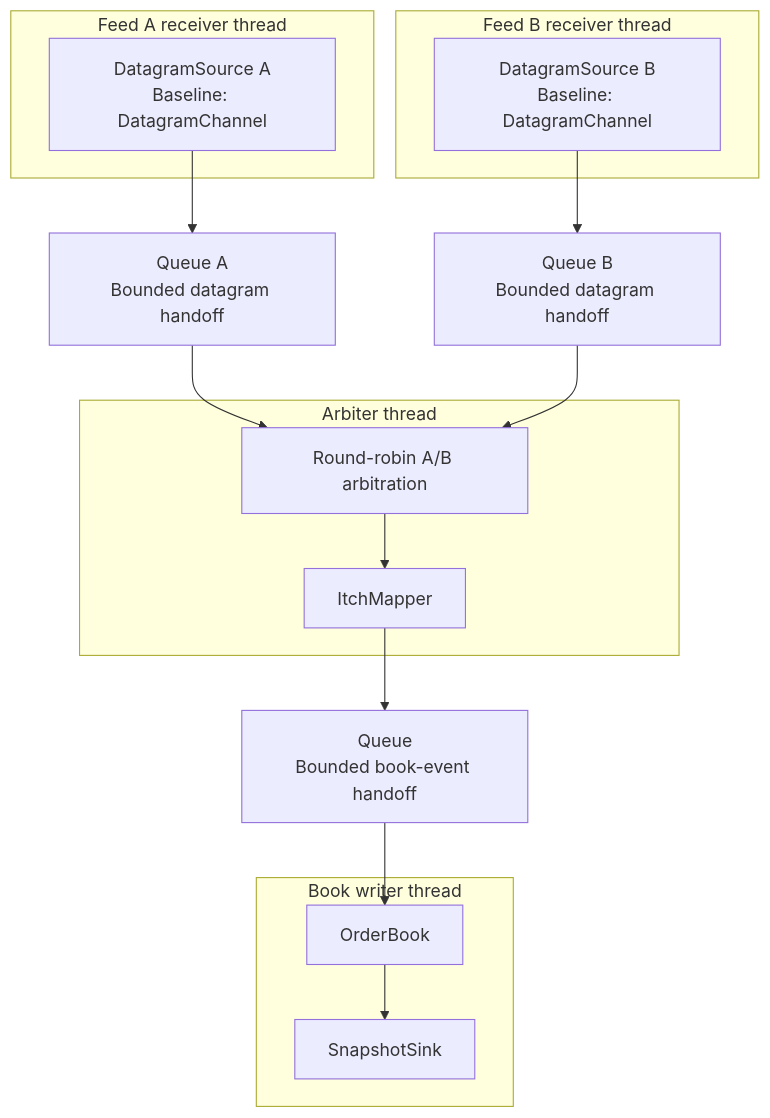
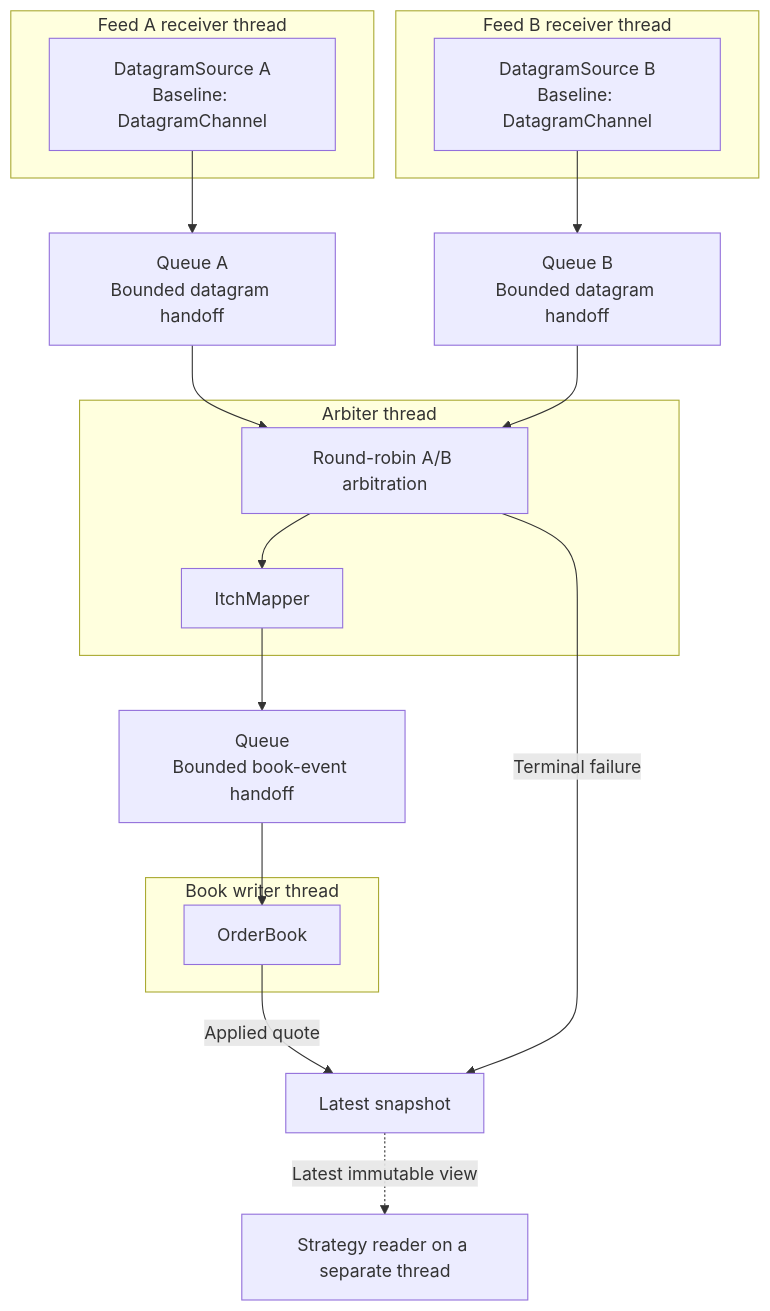
One commit to alchevrier/java-feed-handler changed the diagram in docs/adr/ADR-002-portable-udp-feed.md. Above: the diagram before and after it, drawn with Mermaid. The commit also changed other lines of this file and 11 other files, not shown here.

Commit message:
Publish strategy-facing top-of-book snapshots

````diff
--- a/docs/adr/ADR-002-portable-udp-feed.md
+++ b/docs/adr/ADR-002-portable-udp-feed.md
@@ -171,18 +227,21 @@
 ```mermaid
 flowchart TD
     subgraph receiveA["Feed A receiver thread"]
         a["DatagramSource A<br/>Baseline: DatagramChannel"]
     end
     subgraph receiveB["Feed B receiver thread"]
         b["DatagramSource B<br/>Baseline: DatagramChannel"]
     end
     subgraph arbitration["Arbiter thread"]
         merge["Round-robin A/B arbitration"] --> mapper["ItchMapper"]
     end
     subgraph writer["Book writer thread"]
-        book["OrderBook"] --> snapshot["SnapshotSink"]
+        book["OrderBook"]
     end
     a --> qa["Queue A<br/>Bounded datagram handoff"] --> merge
     b --> qb["Queue B<br/>Bounded datagram handoff"] --> merge
     mapper --> events["Queue<br/>Bounded book-event handoff"] --> book
+    book -->|Applied quote| snapshot["Latest snapshot"]
+    merge -->|Terminal failure| snapshot
+    snapshot -.->|Latest immutable view| strategy["Strategy reader on a separate thread"]
 ```
````
